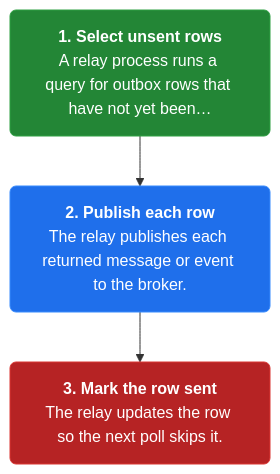
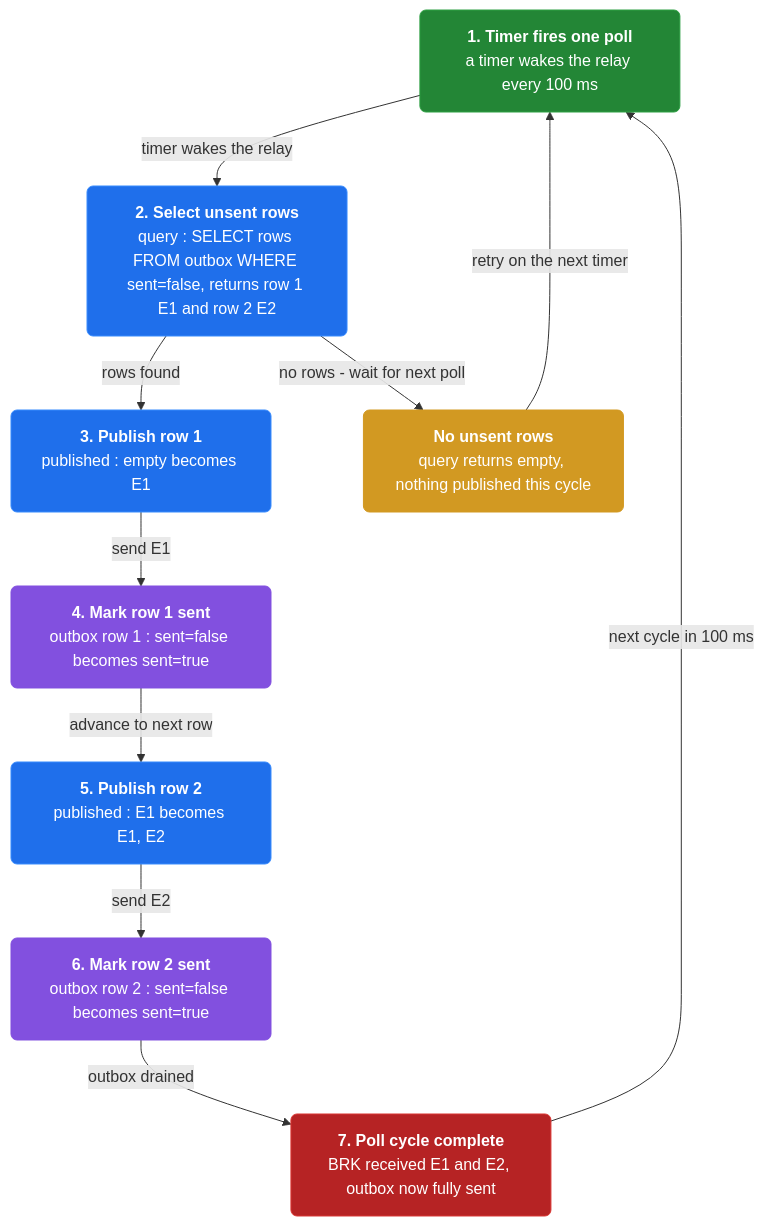
The first of 3 diagrams in docs/ch12-polling-publisher.md (vinayakuber/microservices-io-study-guide), drawn with Mermaid before and after one commit. The commit also changed other lines of this file and 46 other files, not shown here.

First line of the commit message:
Author rich branching flow diagrams for all 44 chapters

````diff
--- a/docs/ch12-polling-publisher.md
+++ b/docs/ch12-polling-publisher.md
@@ -13,11 +13,25 @@
 ```mermaid
 flowchart TD
-  classDef step fill:#1f6feb,color:#ffffff,stroke:#388bfd,stroke-width:1px,rx:6
+  classDef step fill:#1f6feb,color:#ffffff,stroke:#388bfd,rx:6
+  classDef core fill:#8250df,color:#ffffff,stroke:#8250df,rx:6
+  classDef warn fill:#d29922,color:#ffffff,stroke:#d29922,rx:6
   classDef start fill:#238636,color:#ffffff,stroke:#2ea043,rx:6
   classDef stop fill:#b62324,color:#ffffff,stroke:#da3633,rx:6
-  s0n0["<b>1. Select unsent rows</b><br/>A relay process runs a query for outbox rows that have not yet been…"]:::start
-  s0n1["<b>2. Publish each row</b><br/>The relay publishes each returned message or event to the broker."]:::step
-  s0n2["<b>3. Mark the row sent</b><br/>The relay updates the row so the next poll skips it."]:::stop
-  s0n0 --> s0n1
-  s0n1 --> s0n2
+  n0["<b>1. Timer fires one poll</b><br/>a timer wakes the relay every 100 ms"]:::start
+  n1["<b>2. Select unsent rows</b><br/>query : SELECT rows FROM outbox WHERE sent=false, returns row 1 E1 and row 2 E2"]:::step
+  n2["<b>3. Publish row 1</b><br/>published : empty becomes E1"]:::step
+  n3["<b>4. Mark row 1 sent</b><br/>outbox row 1 : sent=false becomes sent=true"]:::core
+  n4["<b>5. Publish row 2</b><br/>published : E1 becomes E1, E2"]:::step
+  n5["<b>6. Mark row 2 sent</b><br/>outbox row 2 : sent=false becomes sent=true"]:::core
+  n6["<b>7. Poll cycle complete</b><br/>BRK received E1 and E2, outbox now fully sent"]:::stop
+  n7["<b>No unsent rows</b><br/>query returns empty, nothing published this cycle"]:::warn
+  n0 -->|"timer wakes the relay"| n1
+  n1 -->|"rows found"| n2
+  n1 -->|"no rows - wait for next poll"| n7
+  n2 -->|"send E1"| n3
+  n3 -->|"advance to next row"| n4
+  n4 -->|"send E2"| n5
+  n5 -->|"outbox drained"| n6
+  n6 -->|"next cycle in 100 ms"| n0
+  n7 -->|"retry on the next timer"| n0
 ```
````
